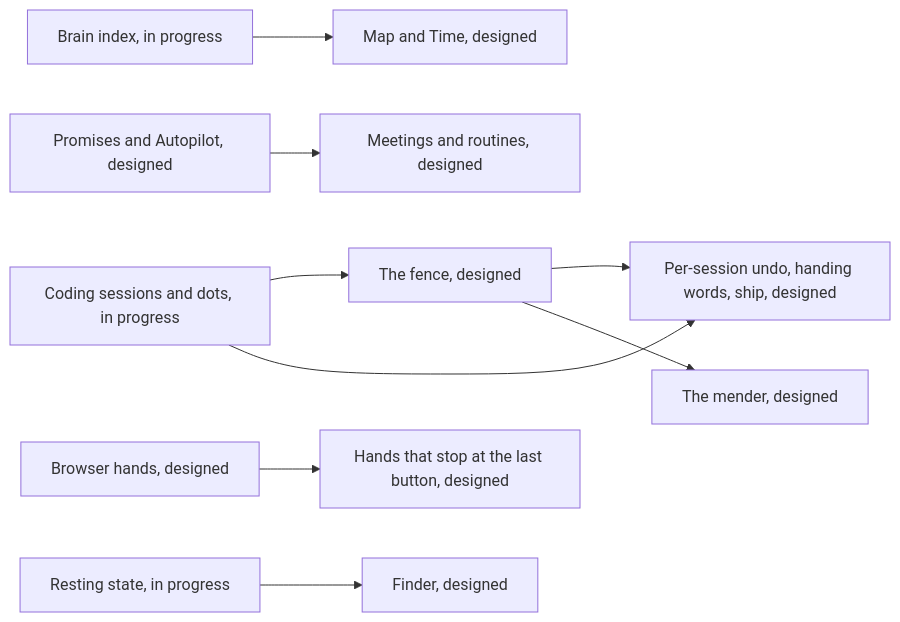
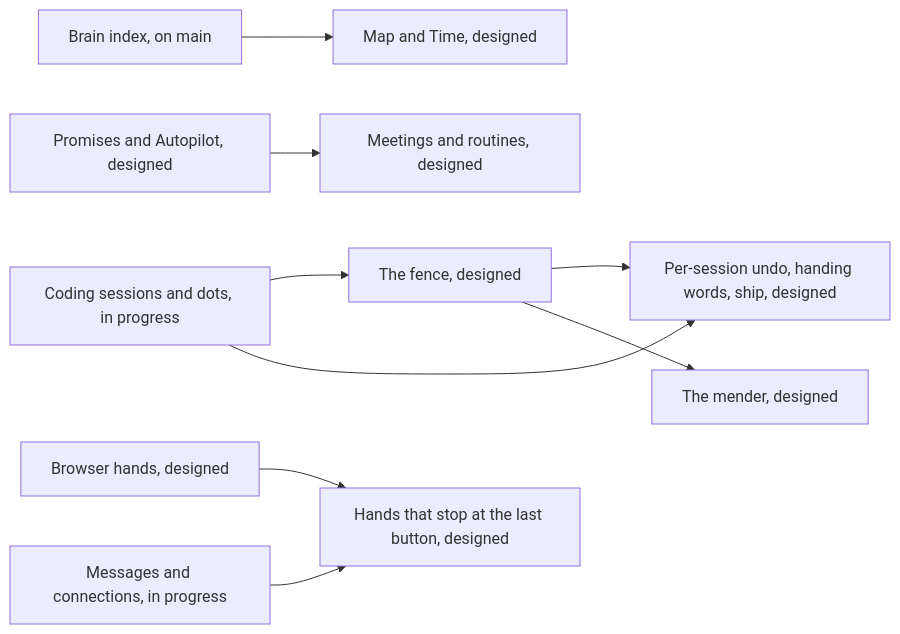
One commit to thedefaultman/Bombadil changed the diagram in docs/roadmap.md. Above: the diagram before and after it, drawn with Mermaid. The commit also changed other lines of this file and 31 other files, not shown here.

First line of the commit message:
docs: pages checked against the code on main (work in progress)

````diff
--- a/docs/roadmap.md
+++ b/docs/roadmap.md
@@ -100,23 +78,22 @@
 ```mermaid
 flowchart LR
     S["Coding sessions and dots, in progress"]
     F["The fence, designed"]
     P["Per-session undo, handing words, ship, designed"]
     M["The mender, designed"]
-    B["Brain index, in progress"]
+    B["Brain index, on main"]
     T["Map and Time, designed"]
     A["Promises and Autopilot, designed"]
     D["Meetings and routines, designed"]
     H["Browser hands, designed"]
+    C["Messages and connections, in progress"]
     L["Hands that stop at the last button, designed"]
-    R["Resting state, in progress"]
-    N["Finder, designed"]
     S --> F
     S --> P
     F --> P
     F --> M
     B --> T
     A --> D
     H --> L
-    R --> N
+    C --> L
 ```
````
